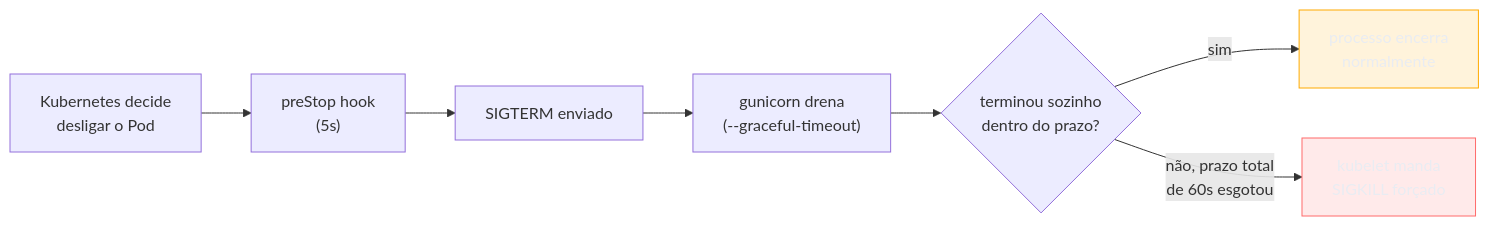
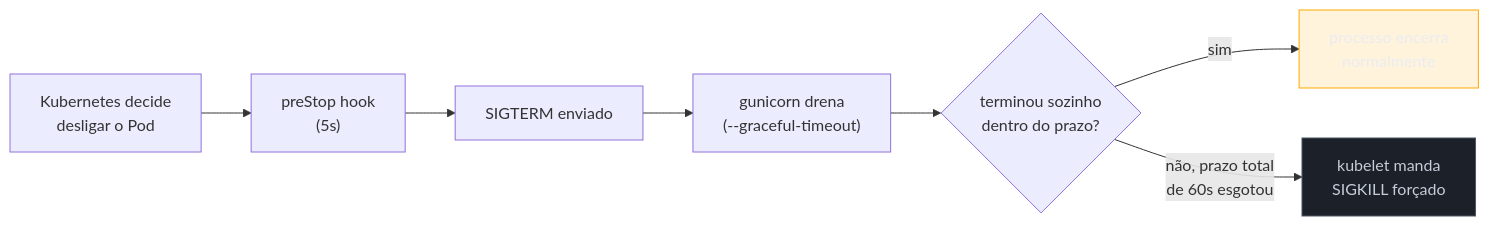
The third of 4 diagrams in 03-Dominios/Tecnologia/Python/Cloud-native e produção/04 - Rolling deploy sem downtime no Kubernetes.md (josenaldo/codex-technomanticus), drawn with Mermaid before and after one commit. The commit also changed 601 other files, not shown here.

````diff
--- a/03-Dominios/Tecnologia/Python/Cloud-native e produção/04 - Rolling deploy sem downtime no Kubernetes.md
+++ b/03-Dominios/Tecnologia/Python/Cloud-native e produção/04 - Rolling deploy sem downtime no Kubernetes.md
@@ -195,14 +195,14 @@
 ```mermaid
 flowchart LR
+    classDef neutro fill:#1B2029,stroke:#4E5666,color:#C6CCD8
     classDef destaque fill:#FFAA0024,stroke:#FFAA00,color:#E9ECF2
-    classDef falha fill:#FF6B6B24,stroke:#FF6B6B,color:#E9ECF2
     START["Kubernetes decide<br/>desligar o Pod"] --> PS["preStop hook<br/>(5s)"]
     PS --> SIG["SIGTERM enviado"]
     SIG --> DRAIN["gunicorn drena<br/>(--graceful-timeout)"]
     DRAIN --> FIM{"terminou sozinho<br/>dentro do prazo?"}
     FIM -->|"sim"| OK["processo encerra<br/>normalmente"]
     FIM -->|"não, prazo total<br/>de 60s esgotou"| KILL["kubelet manda<br/>SIGKILL forçado"]
 
     class OK destaque
-    class KILL falha
+    class KILL neutro
 ```
````
